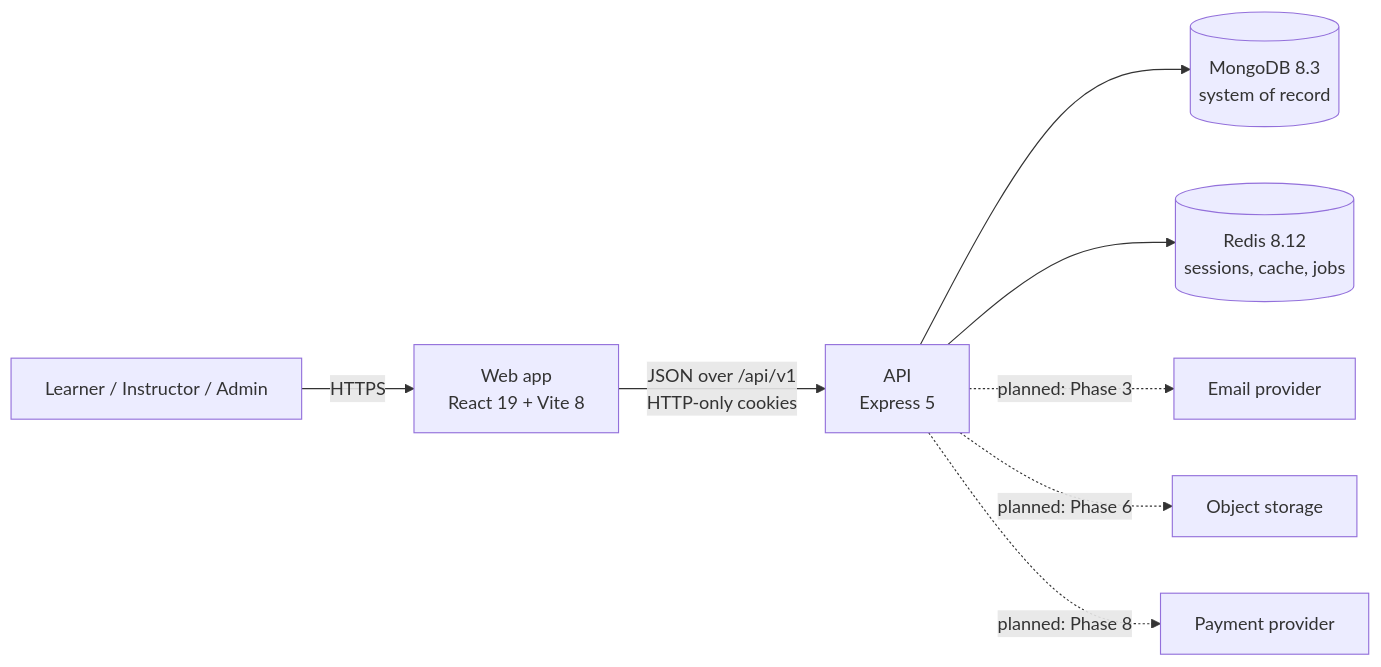
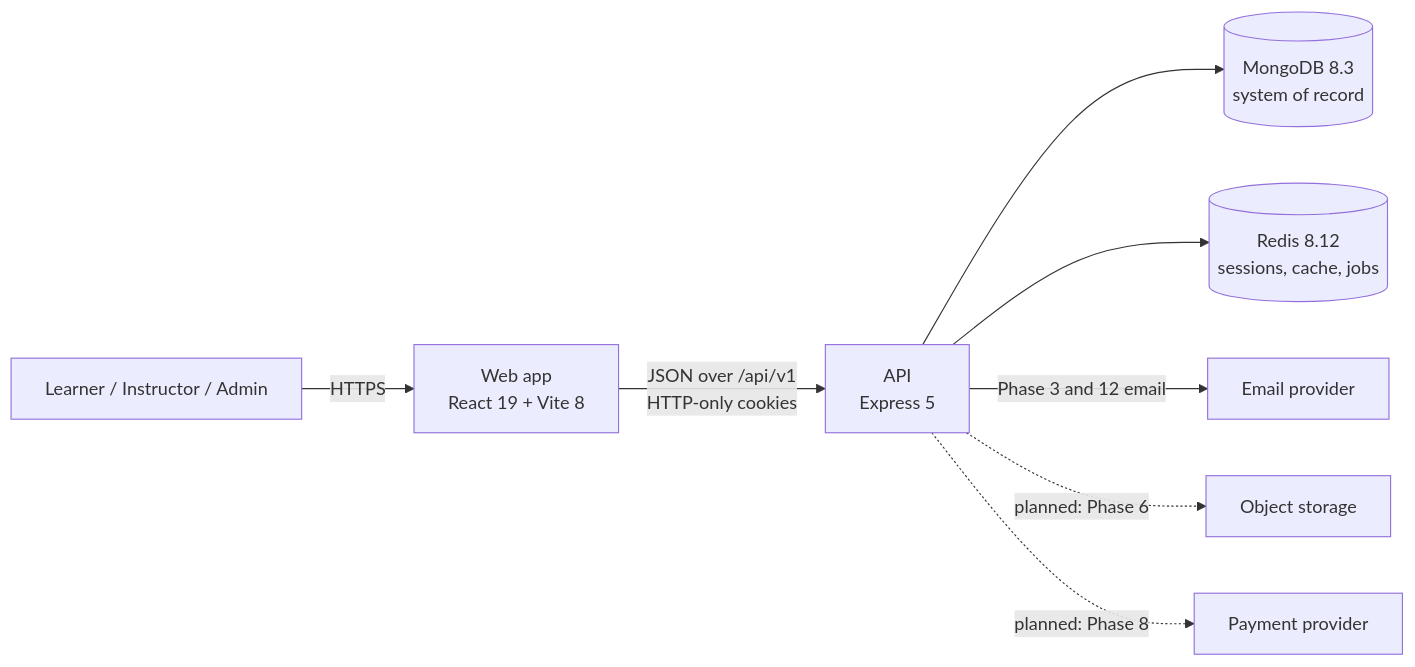
One commit to codesource2001/lms-mern-stack-v1 changed the first of 4 diagrams in docs/ARCHITECTURE.md. Above: the diagram before and after it, drawn with Mermaid. The commit also changed other lines of this file and 70 other files, not shown here.

````diff
--- a/docs/ARCHITECTURE.md
+++ b/docs/ARCHITECTURE.md
@@ -33,10 +33,10 @@
 ```mermaid
 flowchart LR
   learner["Learner / Instructor / Admin"] -->|HTTPS| web["Web app<br/>React 19 + Vite 8"]
   web -->|"JSON over /api/v1<br/>HTTP-only cookies"| api["API<br/>Express 5"]
   api --> mongo[("MongoDB 8.3<br/>system of record")]
   api --> redis[("Redis 8.12<br/>sessions, cache, jobs")]
-  api -.->|planned: Phase 3| email["Email provider"]
+  api -->|"Phase 3 and 12 email"| email["Email provider"]
   api -.->|planned: Phase 6| storage["Object storage"]
   api -.->|planned: Phase 8| payments["Payment provider"]
 ```
````
